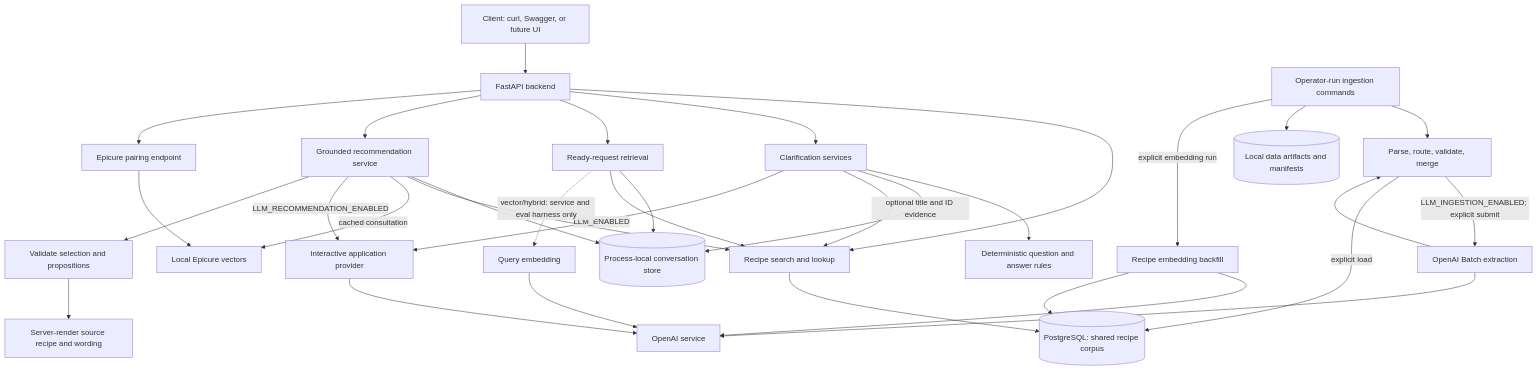
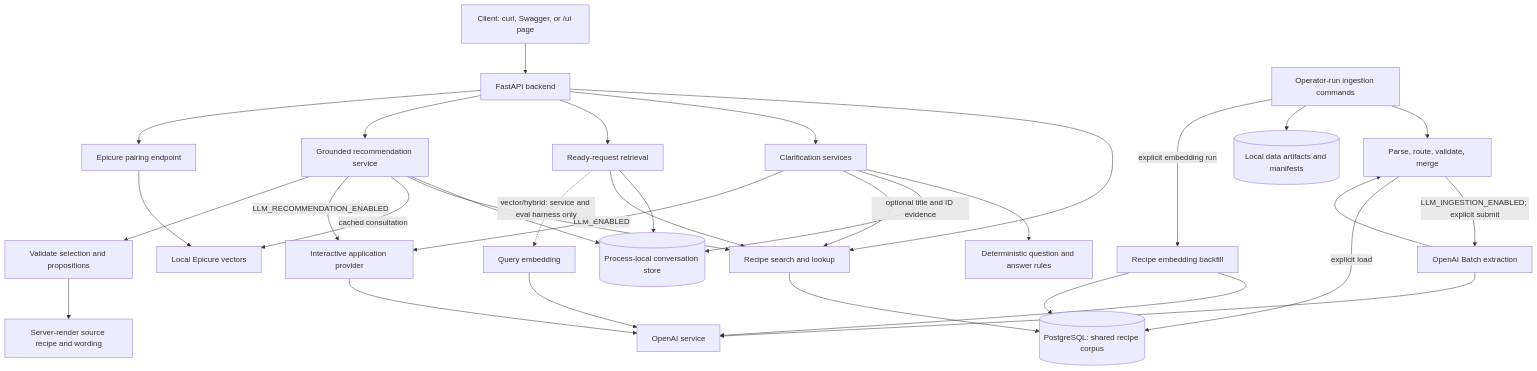
Before and after one commit to fssonca/culinary-copilot: the first of 2 diagrams in docs/architecture/README.md, drawn with Mermaid. The commit also changed other lines of this file and 18 other files, not shown here.

````diff
--- a/docs/architecture/README.md
+++ b/docs/architecture/README.md
@@ -35,35 +45,35 @@
 ```mermaid
 flowchart TB
-    Client["Client: curl, Swagger, or future UI"] --> API["FastAPI backend"]
+    Client["Client: curl, Swagger, or /ui page"] --> API["FastAPI backend"]
     API --> Recipes["Recipe search and lookup"]
     Recipes --> PG[("PostgreSQL: shared recipe corpus")]
     API --> Clarify["Clarification services"]
     Clarify --> Rules["Deterministic question and answer rules"]
     Clarify --> Memory[("Process-local conversation store")]
     Clarify -->|"optional title and ID evidence"| Recipes
     Clarify -->|"LLM_ENABLED"| AppLLM["Interactive application provider"]
     AppLLM --> OpenAI["OpenAI service"]
     API --> Retrieval["Ready-request retrieval"]
     Retrieval --> Memory
     Retrieval --> Recipes
     Retrieval -.->|"vector/hybrid: service and eval harness only"| QueryEmbed["Query embedding"]
     QueryEmbed --> OpenAI
     API --> Recommend["Grounded recommendation service"]
     Recommend --> Memory
     Recommend --> Recipes
     Recommend -->|"cached consultation"| Epicure
     Recommend -->|"LLM_RECOMMENDATION_ENABLED"| AppLLM
     Recommend --> Validation["Validate selection and propositions"]
     Validation --> Render["Server-render source recipe and wording"]
     API --> Pairings["Epicure pairing endpoint"]
     Pairings --> Epicure["Local Epicure vectors"]
     CLI["Operator-run ingestion commands"] --> Parse["Parse, route, validate, merge"]
     Parse -->|"LLM_INGESTION_ENABLED; explicit submit"| Batch["OpenAI Batch extraction"]
     Batch --> OpenAI
     Batch --> Parse
     Parse -->|"explicit load"| PG
     CLI --> Artifacts[("Local data artifacts and manifests")]
     CLI -->|"explicit embedding run"| EmbedCLI["Recipe embedding backfill"]
     EmbedCLI --> OpenAI
     EmbedCLI --> PG
 ```
````
